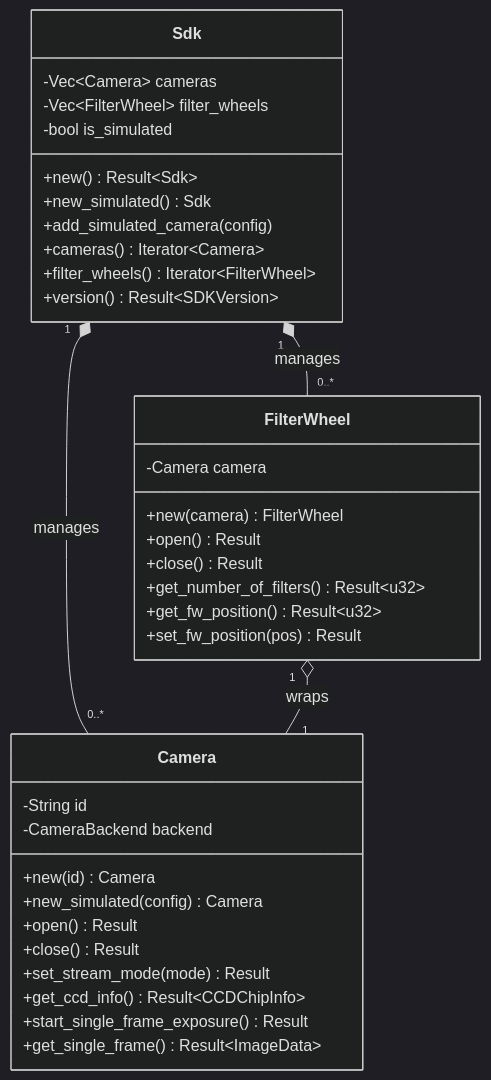
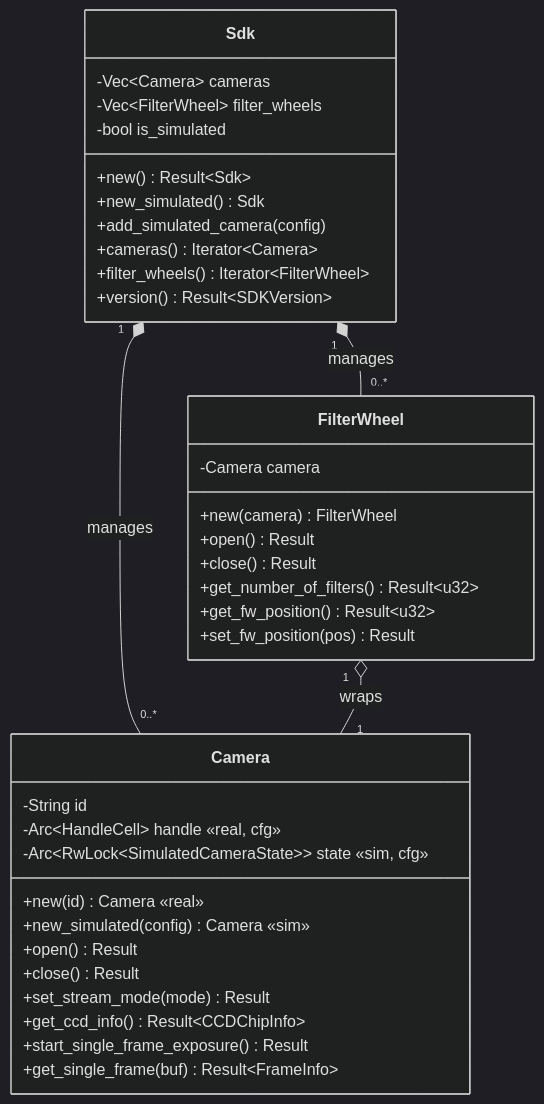
The third of 19 diagrams in crates/qhyccd-rs/docs/qhyccd-rs.md (ivonnyssen/rusty-photon), drawn with Mermaid (dark theme) before and after one commit. The commit also changed other lines of this file and 44 other files, not shown here.

````diff
--- a/crates/qhyccd-rs/docs/qhyccd-rs.md
+++ b/crates/qhyccd-rs/docs/qhyccd-rs.md
@@ -94,41 +94,42 @@
 ```mermaid
 classDiagram
     class Sdk {
         -Vec~Camera~ cameras
         -Vec~FilterWheel~ filter_wheels
         -bool is_simulated
         +new() Result~Sdk~
         +new_simulated() Sdk
         +add_simulated_camera(config)
         +cameras() Iterator~Camera~
         +filter_wheels() Iterator~FilterWheel~
         +version() Result~SDKVersion~
     }
 
     class Camera {
         -String id
-        -CameraBackend backend
-        +new(id) Camera
-        +new_simulated(config) Camera
+        -Arc~HandleCell~ handle «real, cfg»
+        -Arc~RwLock~SimulatedCameraState~~ state «sim, cfg»
+        +new(id) Camera «real»
+        +new_simulated(config) Camera «sim»
         +open() Result
         +close() Result
         +set_stream_mode(mode) Result
         +get_ccd_info() Result~CCDChipInfo~
         +start_single_frame_exposure() Result
-        +get_single_frame() Result~ImageData~
+        +get_single_frame(buf) Result~FrameInfo~
     }
 
     class FilterWheel {
         -Camera camera
         +new(camera) FilterWheel
         +open() Result
         +close() Result
         +get_number_of_filters() Result~u32~
         +get_fw_position() Result~u32~
         +set_fw_position(pos) Result
     }
 
     Sdk "1" *-- "0..*" Camera : manages
     Sdk "1" *-- "0..*" FilterWheel : manages
     FilterWheel "1" o-- "1" Camera : wraps
 ```
````
